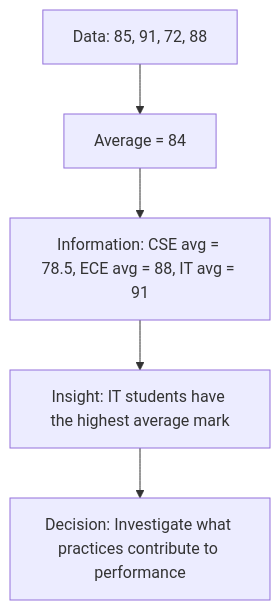
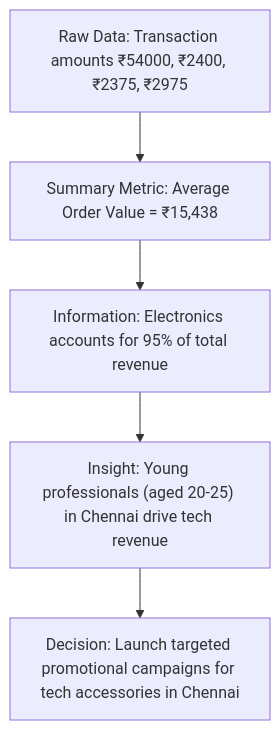
Before and after one commit to Hari-Nikesh-R/data_analytics_notebook: the second of 3 diagrams in day1_/README.md, drawn with Mermaid. The commit also changed other lines of this file and 5 other files, not shown here.

````diff
--- a/day1_/README.md
+++ b/day1_/README.md
@@ -51,7 +62,7 @@
 ```mermaid
 flowchart TD
-    D["Data: 85, 91, 72, 88"] --> A["Average = 84"]
-    A --> I["Information: CSE avg = 78.5, ECE avg = 88, IT avg = 91"]
-    I --> In["Insight: IT students have the highest average mark"]
-    In --> Dec["Decision: Investigate what practices contribute to performance"]
+    D["Raw Data: Transaction amounts ₹54000, ₹2400, ₹2375, ₹2975"] --> A["Summary Metric: Average Order Value = ₹15,438"]
+    A --> I["Information: Electronics accounts for 95% of total revenue"]
+    I --> In["Insight: Young professionals (aged 20-25) in Chennai drive tech revenue"]
+    In --> Dec["Decision: Launch targeted promotional campaigns for tech accessories in Chennai"]
 ```
````
